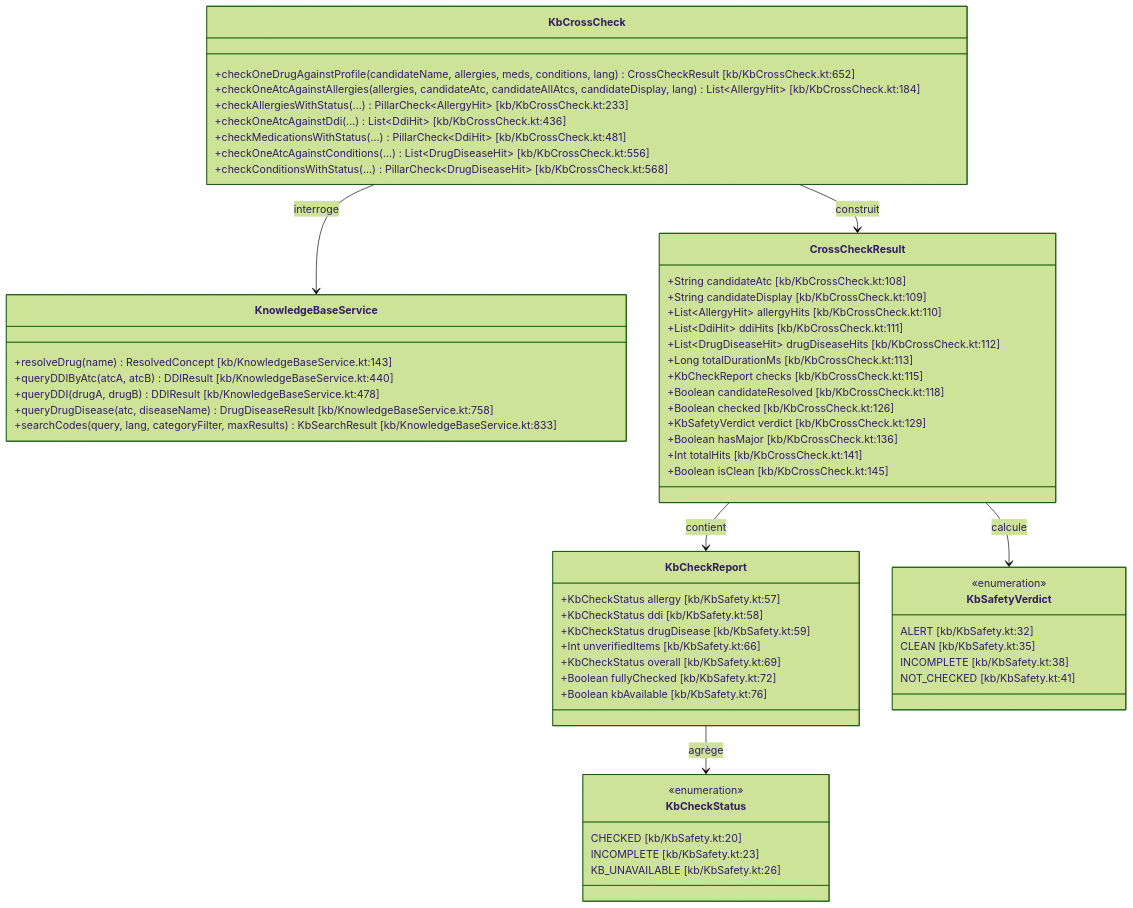
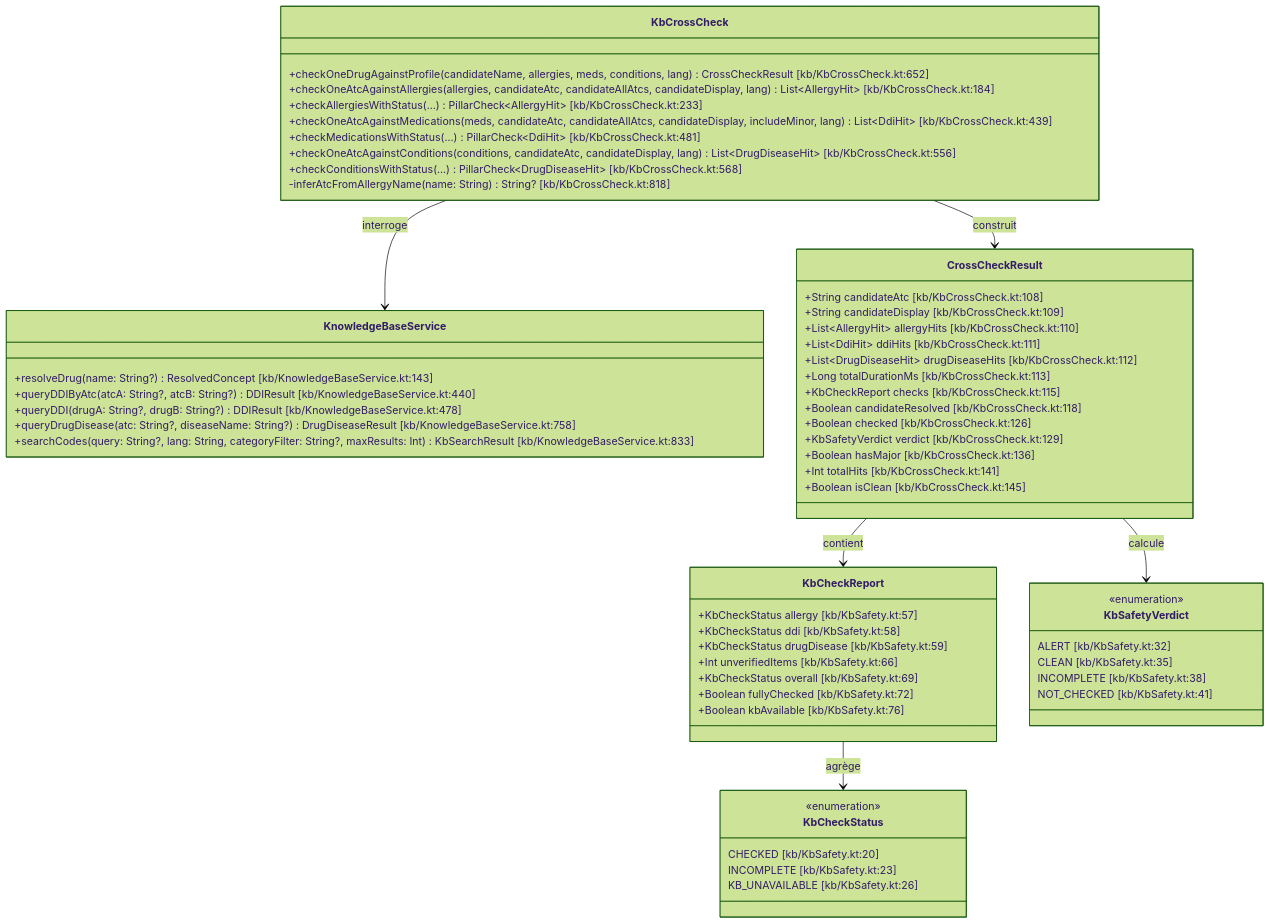
Before and after one commit to kurodohenroonsen/JemmaPass: the sixth of 21 diagrams in docs/DOCUMENTATION_UML_FONCTIONNELLE.md, drawn with Mermaid (forest theme). The commit also changed other lines of this file and 1 other file, not shown here.

````diff
--- a/docs/DOCUMENTATION_UML_FONCTIONNELLE.md
+++ b/docs/DOCUMENTATION_UML_FONCTIONNELLE.md
@@ -328,67 +334,68 @@
 ```mermaid
 classDiagram
     class KnowledgeBaseService {
-        +resolveDrug(name) ResolvedConcept [kb/KnowledgeBaseService.kt:143]
-        +queryDDIByAtc(atcA, atcB) DDIResult [kb/KnowledgeBaseService.kt:440]
-        +queryDDI(drugA, drugB) DDIResult [kb/KnowledgeBaseService.kt:478]
-        +queryDrugDisease(atc, diseaseName) DrugDiseaseResult [kb/KnowledgeBaseService.kt:758]
-        +searchCodes(query, lang, categoryFilter, maxResults) KbSearchResult [kb/KnowledgeBaseService.kt:833]
+        +resolveDrug(name: String?) ResolvedConcept [kb/KnowledgeBaseService.kt:143]
+        +queryDDIByAtc(atcA: String?, atcB: String?) DDIResult [kb/KnowledgeBaseService.kt:440]
+        +queryDDI(drugA: String?, drugB: String?) DDIResult [kb/KnowledgeBaseService.kt:478]
+        +queryDrugDisease(atc: String?, diseaseName: String?) DrugDiseaseResult [kb/KnowledgeBaseService.kt:758]
+        +searchCodes(query: String?, lang: String, categoryFilter: String?, maxResults: Int) KbSearchResult [kb/KnowledgeBaseService.kt:833]
     }
 
     class KbCrossCheck {
         +checkOneDrugAgainstProfile(candidateName, allergies, meds, conditions, lang) CrossCheckResult [kb/KbCrossCheck.kt:652]
         +checkOneAtcAgainstAllergies(allergies, candidateAtc, candidateAllAtcs, candidateDisplay, lang) List~AllergyHit~ [kb/KbCrossCheck.kt:184]
         +checkAllergiesWithStatus(...) PillarCheck~AllergyHit~ [kb/KbCrossCheck.kt:233]
-        +checkOneAtcAgainstDdi(...) List~DdiHit~ [kb/KbCrossCheck.kt:436]
+        +checkOneAtcAgainstMedications(meds, candidateAtc, candidateAllAtcs, candidateDisplay, includeMinor, lang) List~DdiHit~ [kb/KbCrossCheck.kt:439]
         +checkMedicationsWithStatus(...) PillarCheck~DdiHit~ [kb/KbCrossCheck.kt:481]
-        +checkOneAtcAgainstConditions(...) List~DrugDiseaseHit~ [kb/KbCrossCheck.kt:556]
+        +checkOneAtcAgainstConditions(conditions, candidateAtc, candidateDisplay, lang) List~DrugDiseaseHit~ [kb/KbCrossCheck.kt:556]
         +checkConditionsWithStatus(...) PillarCheck~DrugDiseaseHit~ [kb/KbCrossCheck.kt:568]
+        -inferAtcFromAllergyName(name: String) String? [kb/KbCrossCheck.kt:818]
     }
 
     class CrossCheckResult {
         +String candidateAtc [kb/KbCrossCheck.kt:108]
         +String candidateDisplay [kb/KbCrossCheck.kt:109]
         +List~AllergyHit~ allergyHits [kb/KbCrossCheck.kt:110]
         +List~DdiHit~ ddiHits [kb/KbCrossCheck.kt:111]
         +List~DrugDiseaseHit~ drugDiseaseHits [kb/KbCrossCheck.kt:112]
         +Long totalDurationMs [kb/KbCrossCheck.kt:113]
         +KbCheckReport checks [kb/KbCrossCheck.kt:115]
         +Boolean candidateResolved [kb/KbCrossCheck.kt:118]
         +Boolean checked [kb/KbCrossCheck.kt:126]
         +KbSafetyVerdict verdict [kb/KbCrossCheck.kt:129]
         +Boolean hasMajor [kb/KbCrossCheck.kt:136]
         +Int totalHits [kb/KbCrossCheck.kt:141]
         +Boolean isClean [kb/KbCrossCheck.kt:145]
     }
 
     class KbCheckReport {
         +KbCheckStatus allergy [kb/KbSafety.kt:57]
         +KbCheckStatus ddi [kb/KbSafety.kt:58]
         +KbCheckStatus drugDisease [kb/KbSafety.kt:59]
         +Int unverifiedItems [kb/KbSafety.kt:66]
         +KbCheckStatus overall [kb/KbSafety.kt:69]
         +Boolean fullyChecked [kb/KbSafety.kt:72]
         +Boolean kbAvailable [kb/KbSafety.kt:76]
     }
 
     class KbSafetyVerdict {
         <<enumeration>>
         ALERT [kb/KbSafety.kt:32]
         CLEAN [kb/KbSafety.kt:35]
         INCOMPLETE [kb/KbSafety.kt:38]
         NOT_CHECKED [kb/KbSafety.kt:41]
     }
 
     class KbCheckStatus {
         <<enumeration>>
         CHECKED [kb/KbSafety.kt:20]
         INCOMPLETE [kb/KbSafety.kt:23]
         KB_UNAVAILABLE [kb/KbSafety.kt:26]
     }
 
     KbCrossCheck --> KnowledgeBaseService : interroge
     KbCrossCheck --> CrossCheckResult : construit
     CrossCheckResult --> KbSafetyVerdict : calcule
     CrossCheckResult --> KbCheckReport : contient
     KbCheckReport --> KbCheckStatus : agrège
 ```
````
